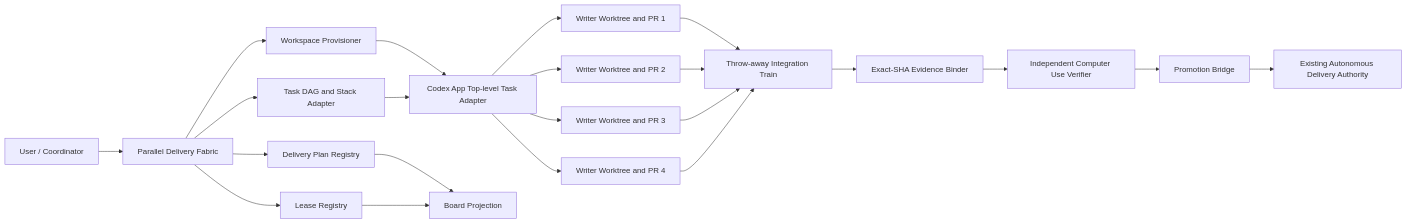
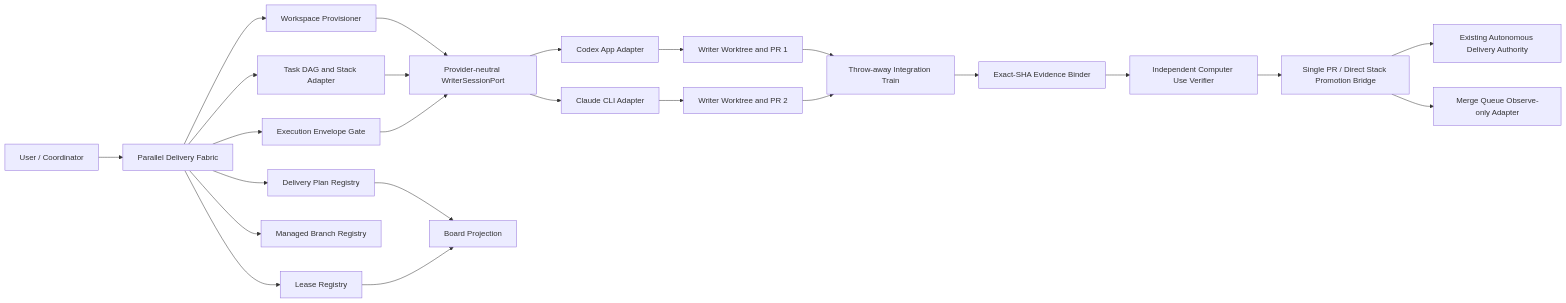
Before and after one commit to monkey1sai/AI-BIM-governance: the first of 3 diagrams in docs/superpowers/specs/2026-08-28-parallel-delivery-fabric-design.md, drawn with Mermaid. The commit also changed other lines of this file, not shown here.

```diff
--- a/docs/superpowers/specs/2026-08-28-parallel-delivery-fabric-design.md
+++ b/docs/superpowers/specs/2026-08-28-parallel-delivery-fabric-design.md
@@ -142,24 +151,26 @@
 ~~~mermaid
 flowchart LR
     U[User / Coordinator] --> F[Parallel Delivery Fabric]
     F --> P[Delivery Plan Registry]
     F --> L[Lease Registry]
     F --> W[Workspace Provisioner]
     F --> D[Task DAG and Stack Adapter]
-    W --> S[Codex App Top-level Task Adapter]
+    F --> M[Managed Branch Registry]
+    F --> X[Execution Envelope Gate]
+    W --> S[Provider-neutral WriterSessionPort]
     D --> S
-    S --> R1[Writer Worktree and PR 1]
-    S --> R2[Writer Worktree and PR 2]
-    S --> R3[Writer Worktree and PR 3]
-    S --> R4[Writer Worktree and PR 4]
+    X --> S
+    S --> CA[Codex App Adapter]
+    S --> CL[Claude CLI Adapter]
+    CA --> R1[Writer Worktree and PR 1]
+    CL --> R2[Writer Worktree and PR 2]
     R1 --> T[Throw-away Integration Train]
     R2 --> T
-    R3 --> T
-    R4 --> T
     T --> E[Exact-SHA Evidence Binder]
     E --> C[Independent Computer Use Verifier]
-    C --> B[Promotion Bridge]
+    C --> B[Single PR / Direct Stack Promotion Bridge]
     B --> A[Existing Autonomous Delivery Authority]
+    B --> Q[Merge Queue Observe-only Adapter]
     P --> V[Board Projection]
     L --> V
 ~~~
```
